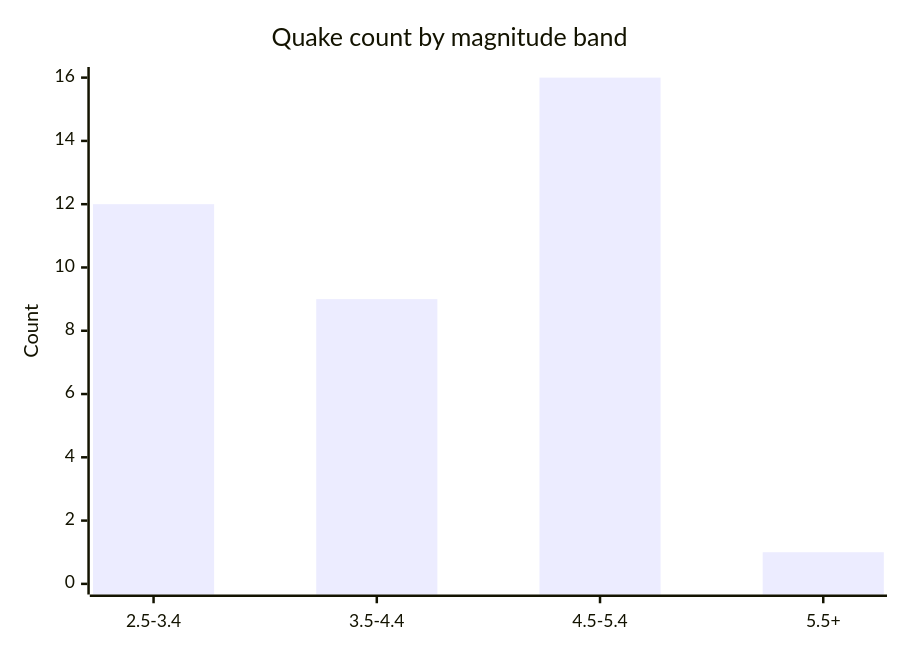
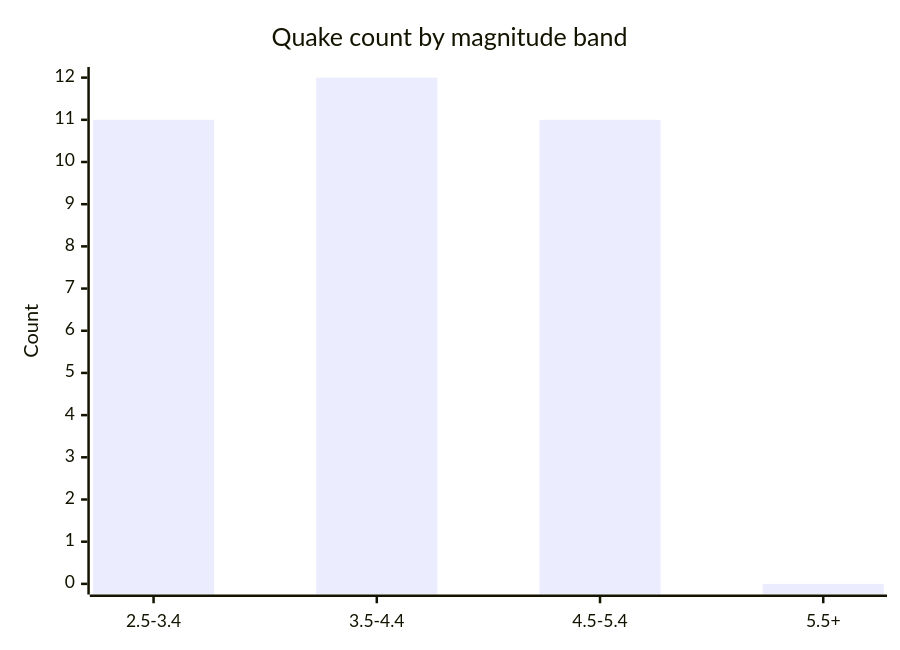
The fifth of 6 diagrams in docs/GRAPHS.md (Midwest-Stratospheric/aerostratospheric-defense-gir), drawn with Mermaid before and after one commit. The commit also changed other lines of this file and 23 other files, not shown here.

````diff
--- a/docs/GRAPHS.md
+++ b/docs/GRAPHS.md
@@ -82,7 +82,7 @@
 ```mermaid
 xychart-beta
   title "Quake count by magnitude band"
   x-axis ["2.5-3.4", "3.5-4.4", "4.5-5.4", "5.5+"]
-  y-axis "Count" 0 --> 16
-  bar [12, 9, 16, 1]
+  y-axis "Count" 0 --> 12
+  bar [11, 12, 11, 0]
 ```
````
